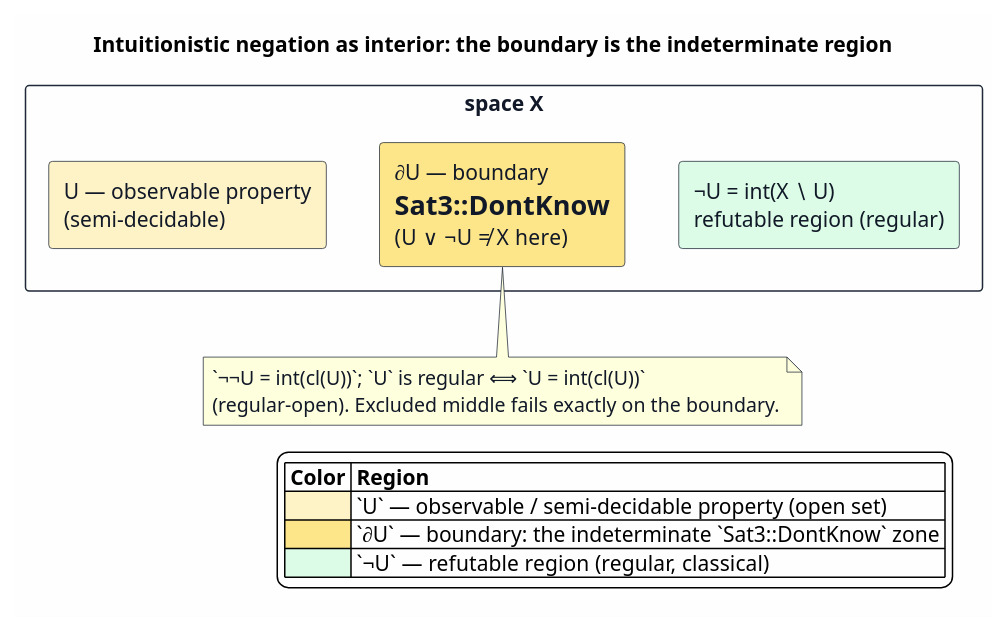
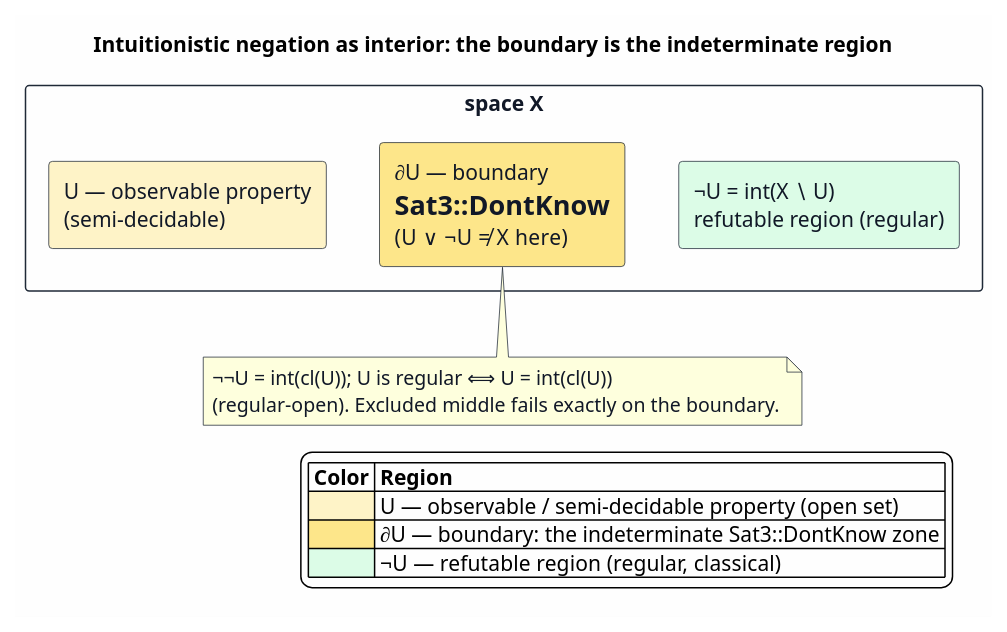
One commit to F1R3FLY-io/mettail-rust changed the diagram in docs/architecture/semantic-predicates/figures/12-negation-as-interior.puml. Above: the diagram before and after it, drawn with PlantUML. The commit also changed 51 other files, not shown here.

```diff
--- a/docs/architecture/semantic-predicates/figures/12-negation-as-interior.puml
+++ b/docs/architecture/semantic-predicates/figures/12-negation-as-interior.puml
@@ -1,39 +1,39 @@
 @startuml
 skinparam backgroundColor #FEFEFE
 skinparam shadowing false
 skinparam ArrowColor #374151
 skinparam ArrowThickness 1.3
 skinparam rectangle {
   BorderColor #1F2937
   FontColor #111827
 }
 skinparam note {
   BorderColor #1F2937
   FontColor #111827
 }
 
 title Intuitionistic negation as interior: the boundary is the indeterminate region
 
 ' ── A topology schematic: the space X with U, its boundary ∂U, and ¬U ─────
 ' Laid out left-to-right inside X to avoid overlapping regions.
 rectangle "space X" as X {
   rectangle "U — observable property\n(semi-decidable)" as U #FEF3C7
   rectangle "∂U — boundary\n= Sat3::DontKnow\n(U ∨ ¬U ≠ X here)" as B #FDE68A
   rectangle "¬U = int(X ∖ U)\nrefutable region (regular)" as NU #DCFCE7
 
   U -[hidden]right- B
   B -[hidden]right- NU
 }
 
 note bottom of B
-  `¬¬U = int(cl(U))`; `U` is regular ⟺ `U = int(cl(U))`
+  ¬¬U = int(cl(U)); U is regular ⟺ U = int(cl(U))
   (regular-open). Excluded middle fails exactly on the boundary.
 end note
 
 legend right
 |= Color |= Region |
-|<#FEF3C7> | `U` — observable / semi-decidable property (open set) |
-|<#FDE68A> | `∂U` — boundary: the indeterminate `Sat3::DontKnow` zone |
-|<#DCFCE7> | `¬U` — refutable region (regular, classical) |
+|<#FEF3C7> | U — observable / semi-decidable property (open set) |
+|<#FDE68A> | ∂U — boundary: the indeterminate Sat3::DontKnow zone |
+|<#DCFCE7> | ¬U — refutable region (regular, classical) |
 endlegend
 @enduml
```
